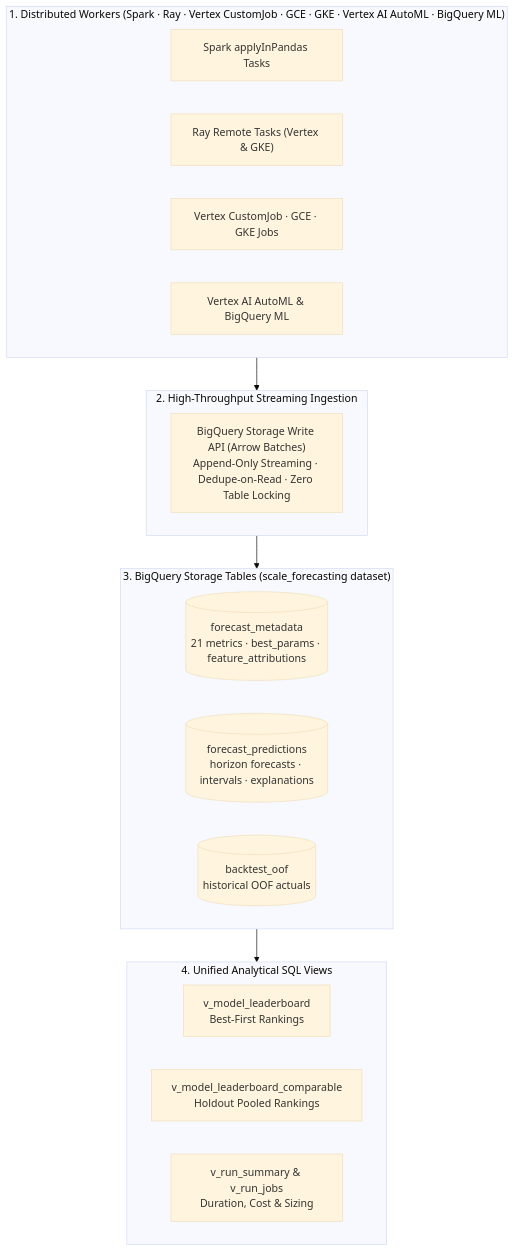
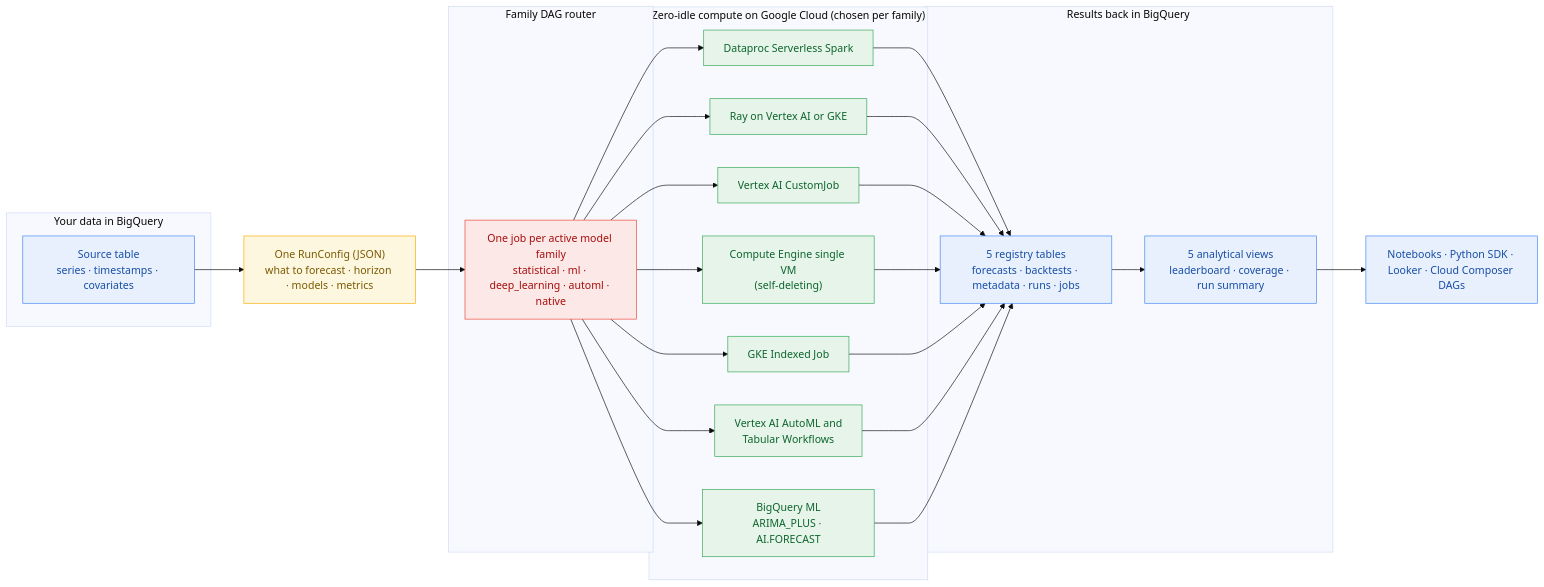
The diagram in README.md (statmike/scale-forecasting), drawn with Mermaid (base theme) before and after one commit. The commit also changed other lines of this file and 7 other files, not shown here.

````diff
--- a/README.md
+++ b/README.md
@@ -526,31 +14,37 @@
 ```mermaid
-flowchart TD
-    subgraph Workers["1. Distributed Workers (Spark · Ray · Vertex CustomJob · GCE · GKE · Vertex AI AutoML · BigQuery ML)"]
-        direction LR
-        W1["Spark applyInPandas Tasks"]
-        W2["Ray Remote Tasks (Vertex & GKE)"]
-        W3["Vertex CustomJob · GCE · GKE Jobs"]
-        W4["Vertex AI AutoML & BigQuery ML"]
+flowchart LR
+    subgraph IN["Your data in BigQuery"]
+        SRC["Source table<br/>series · timestamps · covariates"]
     end
+    CFG["One RunConfig (JSON)<br/>what to forecast · horizon · models · metrics"]
+    subgraph ROUTE["Family DAG router"]
+        R["One job per active model family<br/>statistical · ml · deep_learning · automl · native"]
+    end
+    subgraph RUN["Zero-idle compute on Google Cloud (chosen per family)"]
+        S["Dataproc Serverless Spark"]
+        RY["Ray on Vertex AI or GKE"]
+        V["Vertex AI CustomJob"]
+        G["Compute Engine single VM<br/>(self-deleting)"]
+        K["GKE Indexed Job"]
+        A["Vertex AI AutoML and<br/>Tabular Workflows"]
+        B["BigQuery ML<br/>ARIMA_PLUS · AI.FORECAST"]
+    end
+    subgraph OUT["Results back in BigQuery"]
+        REG["5 registry tables<br/>forecasts · backtests · metadata · runs · jobs"]
+        VIEWS["5 analytical views<br/>leaderboard · coverage · run summary"]
+    end
+    USE["Notebooks · Python SDK · Looker · Cloud Composer DAGs"]
 
-    subgraph Ingest["2. High-Throughput Streaming Ingestion"]
-        direction LR
-        Stream["BigQuery Storage Write API (Arrow Batches)<br/>Append-Only Streaming · Dedupe-on-Read · Zero Table Locking"]
-    end
+    SRC --> CFG --> R
+    R --> S & RY & V & G & K & A & B
+    S & RY & V & G & K & A & B --> REG --> VIEWS --> USE
 
-    subgraph Tables["3. BigQuery Storage Tables (scale_forecasting dataset)"]
-        direction LR
-        T1[("forecast_metadata<br/>21 metrics · best_params · feature_attributions")]
-        T2[("forecast_predictions<br/>horizon forecasts · intervals · explanations")]
-        T3[("backtest_oof<br/>historical OOF actuals")]
-    end
-
-    subgraph Views["4. Unified Analytical SQL Views"]
-        direction LR
-        V1["v_model_leaderboard<br/>Best-First Rankings"]
-        V2["v_model_leaderboard_comparable<br/>Holdout Pooled Rankings"]
-        V3["v_run_summary & v_run_jobs<br/>Duration, Cost & Sizing"]
-    end
-
-    Workers --> Ingest --> Tables --> Views
+    classDef data fill:#E8F0FE,stroke:#4285F4,color:#174EA6
+    classDef config fill:#FEF7E0,stroke:#F9AB00,color:#7A5A00
+    classDef route fill:#FCE8E6,stroke:#EA4335,color:#A50E0E
+    classDef compute fill:#E6F4EA,stroke:#34A853,color:#0D652D
+    class SRC,REG,VIEWS,USE data
+    class CFG config
+    class R route
+    class S,RY,V,G,K,A,B compute
 ```
````
